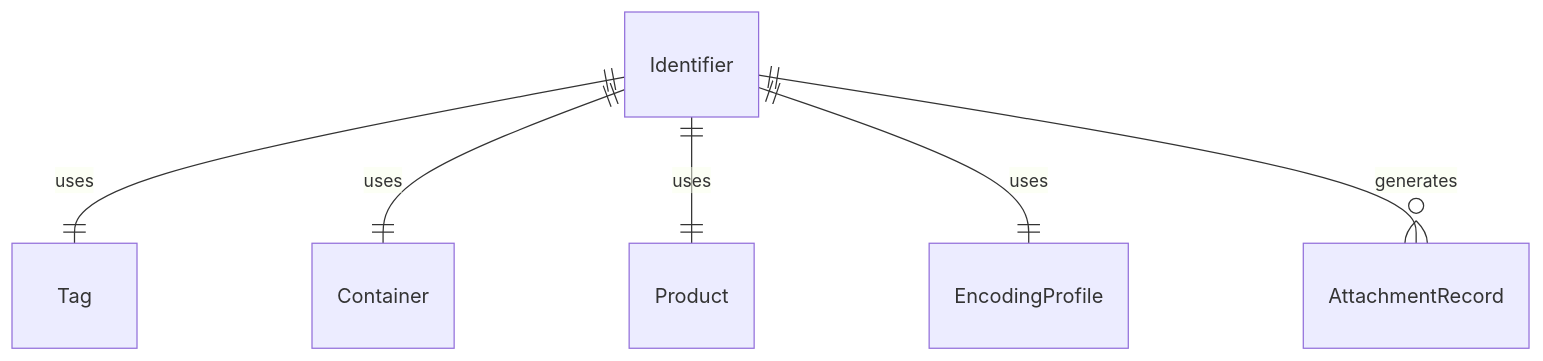
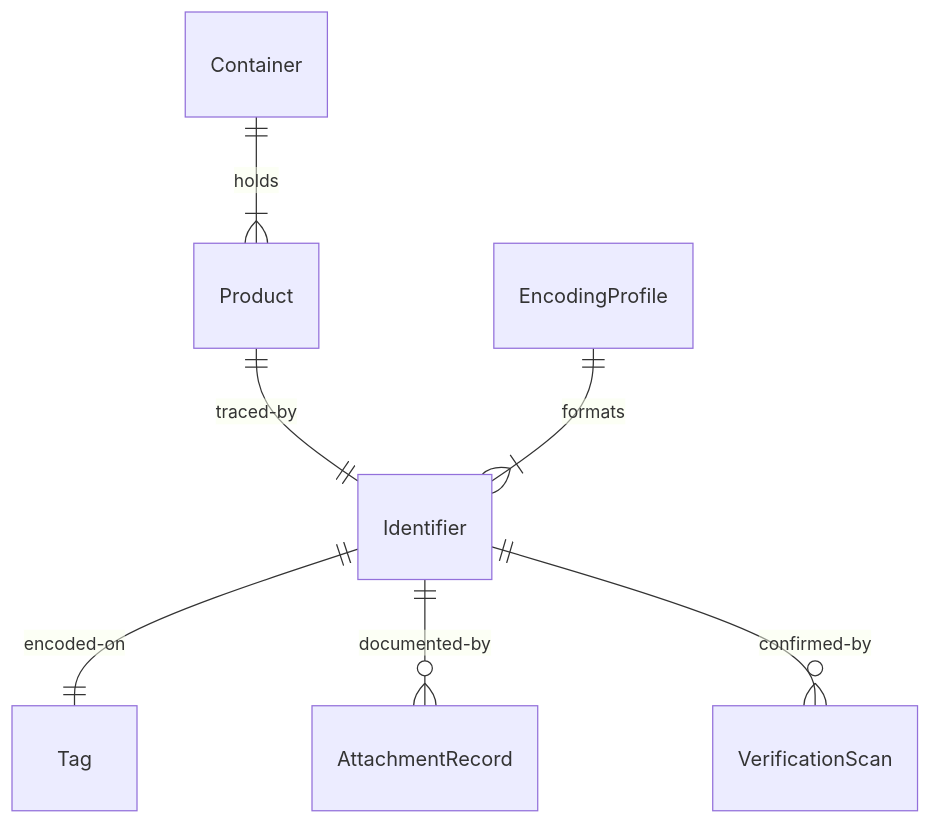
The first of 4 diagrams in IdentifyingObjectsActionsAndEvents/MarkMaterialsOrObjectsForIdentification/AttachIdentificationInformationProductsItems.mdx (dot-org-ai/tasks.org.ai), drawn with Mermaid before and after one commit. The commit also changed other lines of this file and 515 other files, not shown here.

````diff
--- a/IdentifyingObjectsActionsAndEvents/MarkMaterialsOrObjectsForIdentification/AttachIdentificationInformationProductsItems.mdx
+++ b/IdentifyingObjectsActionsAndEvents/MarkMaterialsOrObjectsForIdentification/AttachIdentificationInformationProductsItems.mdx
@@ -93,8 +93,9 @@
 ```mermaid
 erDiagram
-    Identifier ||--|| Tag : "uses"
-    Identifier ||--|| Container : "uses"
-    Identifier ||--|| Product : "uses"
-    Identifier ||--|| EncodingProfile : "uses"
-    Identifier ||--o{ AttachmentRecord : "generates"
+    Identifier ||--|| Tag : "encoded-on"
+    Container ||--|{ Product : "holds"
+    Product ||--|| Identifier : "traced-by"
+    EncodingProfile ||--|{ Identifier : "formats"
+    Identifier ||--o{ AttachmentRecord : "documented-by"
+    Identifier ||--o{ VerificationScan : "confirmed-by"
 ```
````
